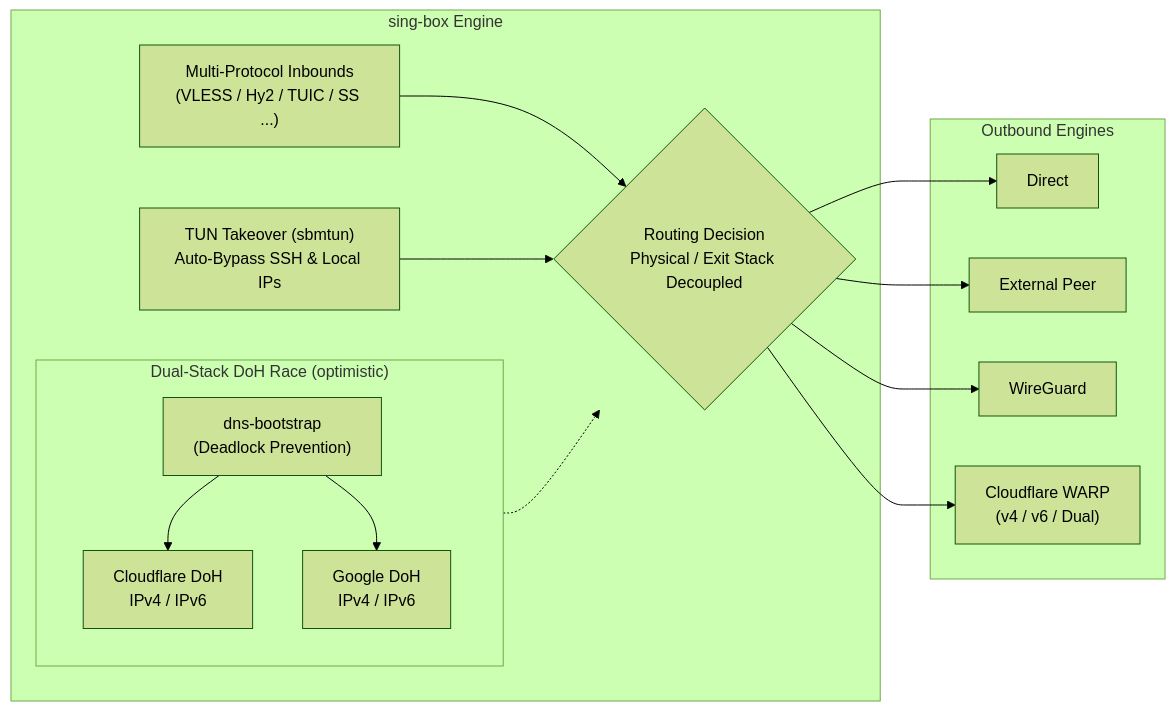
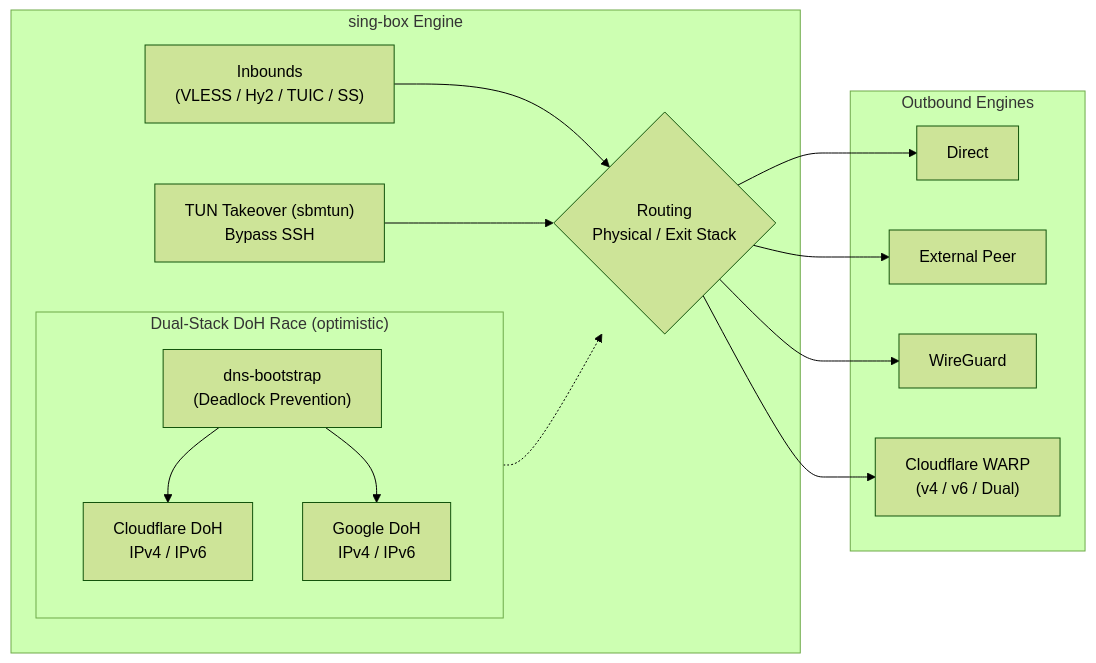
The diagram in readme_en.md (88860/S-Singbox-Manager), drawn with Mermaid (forest theme) before and after one commit. The commit also changed other lines of this file and 1 other file, not shown here.

Commit message:
docs: unescape details/summary tags and simplify mermaid arch nodes

````diff
--- a/readme_en.md
+++ b/readme_en.md
@@ -118,32 +118,32 @@
 ```mermaid
 flowchart LR
     subgraph DNS["Dual-Stack DoH Race (optimistic)"]
         direction TB
         B["dns-bootstrap<br/>(Deadlock Prevention)"] --> CF["Cloudflare DoH<br/>IPv4 / IPv6"]
         B --> GG["Google DoH<br/>IPv4 / IPv6"]
     end
 
 
     subgraph Core["sing-box Engine"]
-        IN["Multi-Protocol Inbounds<br/>(VLESS / Hy2 / TUIC / SS ...)"]
-        TUN["TUN Takeover (sbmtun)<br/>Auto-Bypass SSH & Local IPs"]
-        R{"Routing Decision<br/>Physical / Exit Stack Decoupled"}
+        IN["Inbounds<br/>(VLESS / Hy2 / TUIC / SS)"]
+        TUN["TUN Takeover (sbmtun)<br/>Bypass SSH"]
+        R{"Routing<br/>Physical / Exit Stack"}
         IN --> R
         TUN --> R
         DNS -.-> R
     end
 
 
     subgraph Exit["Outbound Engines"]
         D["Direct"]
         P["External Peer"]
         WG["WireGuard"]
         W["Cloudflare WARP<br/>(v4 / v6 / Dual)"]
     end
 
 
     R --> D
     R --> P
     R --> WG
     R --> W
 ```
````
